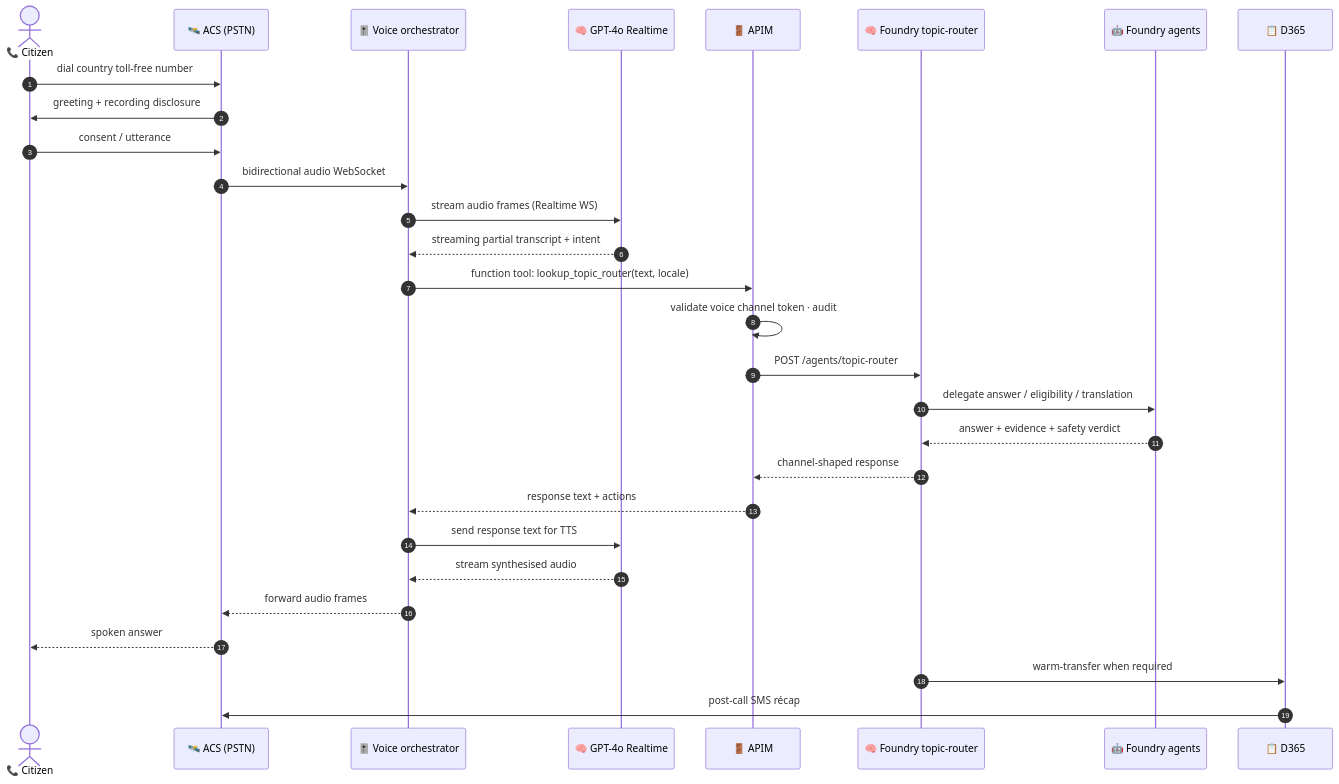
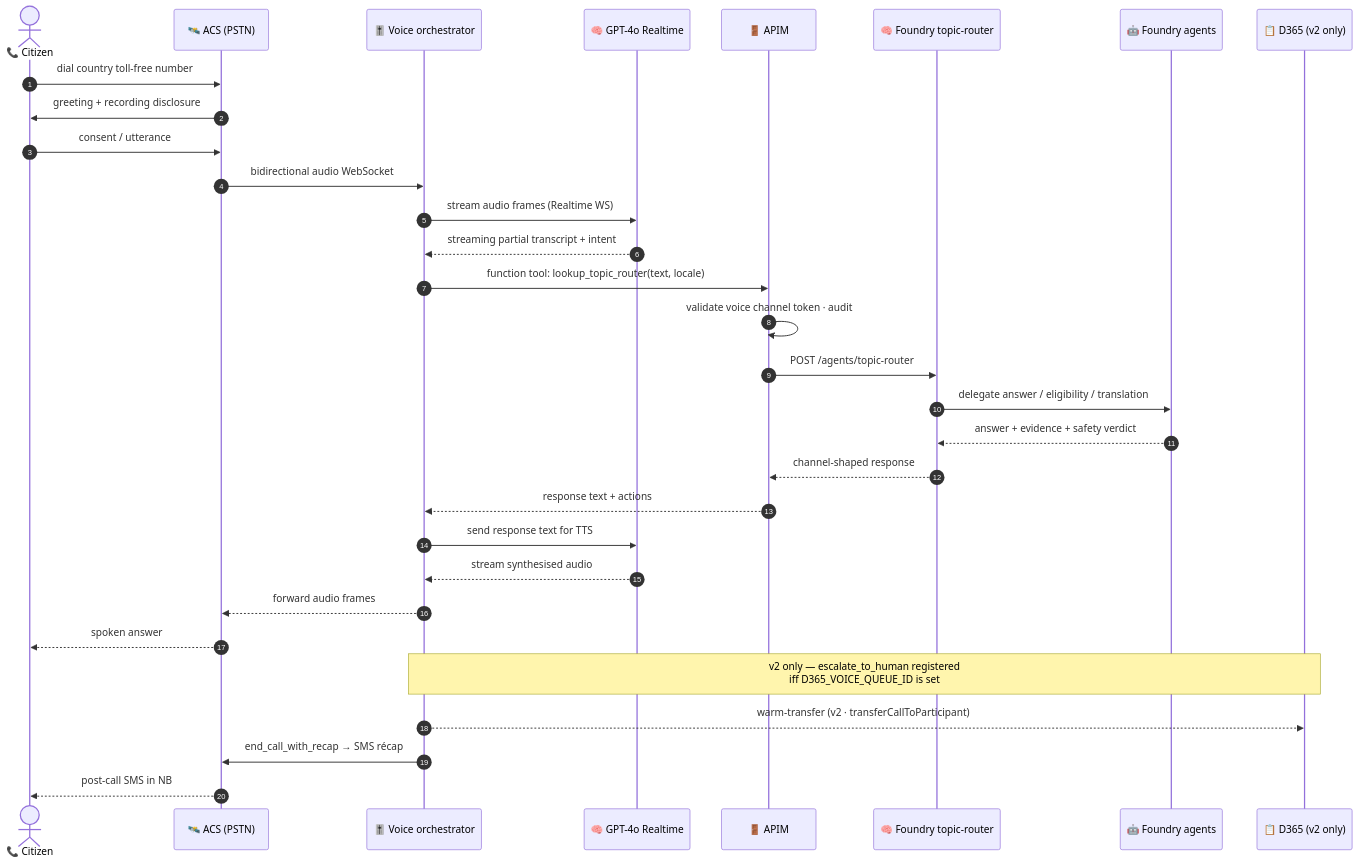
Before and after one commit to fredgis/UDCSP: the second of 5 diagrams in docs/biz/voice.md, drawn with Mermaid. The commit also changed other lines of this file, not shown here.

Commit message:
docs(voice): sync § 2 + § 3 diagrams with the no-handoff mode
The § 2 architecture flowchart had D365 as a solid mandatory leg and
attributed the SMS recap to D365; corrected to:
- D365 leg now dashed + labelled 'v2 only · needs D365 CS' (styled
  with classDef v2 stroke-dasharray:5 5).
- end_call_with_recap correctly originates from the orchestrator
  (ACS SMS), not from D365 — which is what foundry-tool.ts actually
  does.
- Caption explains v1 vs v2 explicitly.

The § 3 sequence diagram added a Note over ORCH,D:
'v2 only — escalate_to_human registered iff D365_VOICE_QUEUE_ID
is set' and split the warm-transfer + SMS-recap into their real
actors (orchestrator owns both, ACS delivers SMS).

````diff
--- a/docs/biz/voice.md
+++ b/docs/biz/voice.md
@@ -94,31 +96,33 @@
 ```mermaid
 sequenceDiagram
     autonumber
     actor C as 📞 Citizen
     participant ACS as 🛰️ ACS (PSTN)
     participant ORCH as 🎚️ Voice orchestrator
     participant GPTRT as 🧠 GPT-4o Realtime
     participant API as 🚪 APIM
     participant R as 🧠 Foundry topic-router
     participant F as 🤖 Foundry agents
-    participant D as 📋 D365
+    participant D as 📋 D365 (v2 only)
     C->>ACS: dial country toll-free number
     ACS->>C: greeting + recording disclosure
     C->>ACS: consent / utterance
     ACS->>ORCH: bidirectional audio WebSocket
     ORCH->>GPTRT: stream audio frames (Realtime WS)
     GPTRT-->>ORCH: streaming partial transcript + intent
     ORCH->>API: function tool: lookup_topic_router(text, locale)
     API->>API: validate voice channel token · audit
     API->>R: POST /agents/topic-router
     R->>F: delegate answer / eligibility / translation
     F-->>R: answer + evidence + safety verdict
     R-->>API: channel-shaped response
     API-->>ORCH: response text + actions
     ORCH->>GPTRT: send response text for TTS
     GPTRT-->>ORCH: stream synthesised audio
     ORCH-->>ACS: forward audio frames
     ACS-->>C: spoken answer
-    R->>D: warm-transfer when required
-    D->>ACS: post-call SMS récap
+    Note over ORCH,D: v2 only — escalate_to_human registered<br/>iff D365_VOICE_QUEUE_ID is set
+    ORCH-->>D: warm-transfer (v2 · transferCallToParticipant)
+    ORCH->>ACS: end_call_with_recap → SMS récap
+    ACS-->>C: post-call SMS in NB
 ```
````
